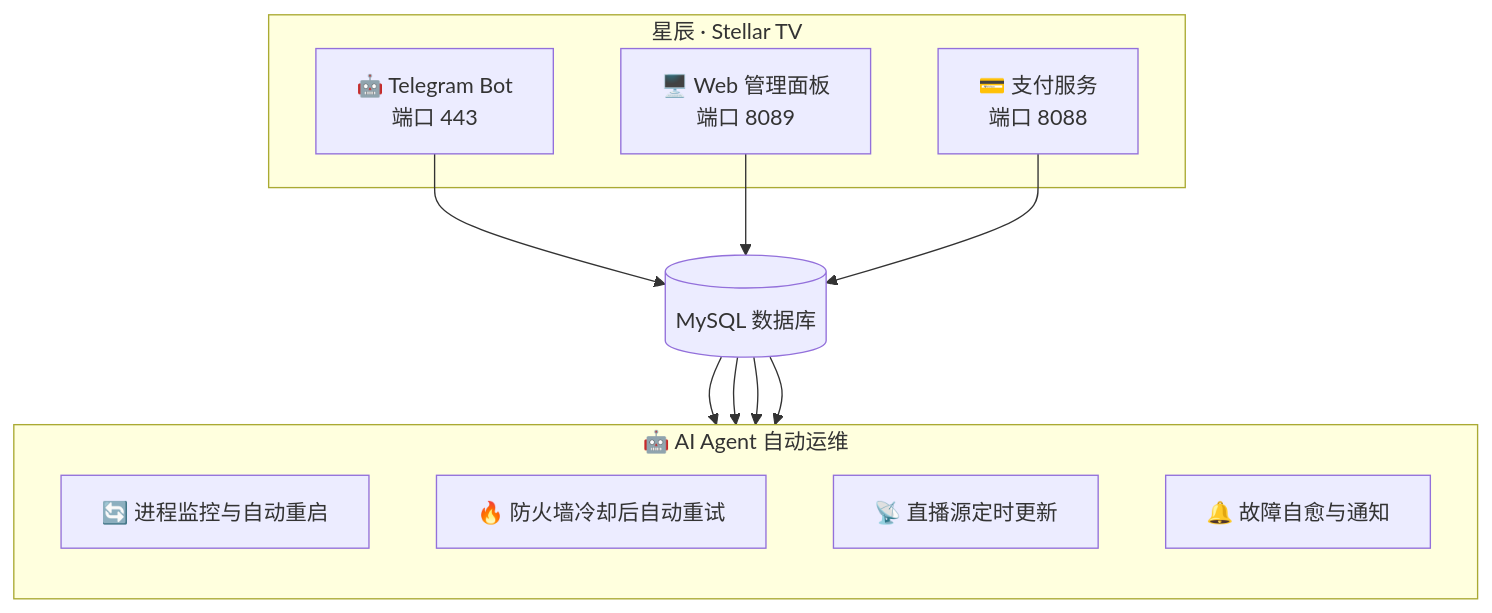
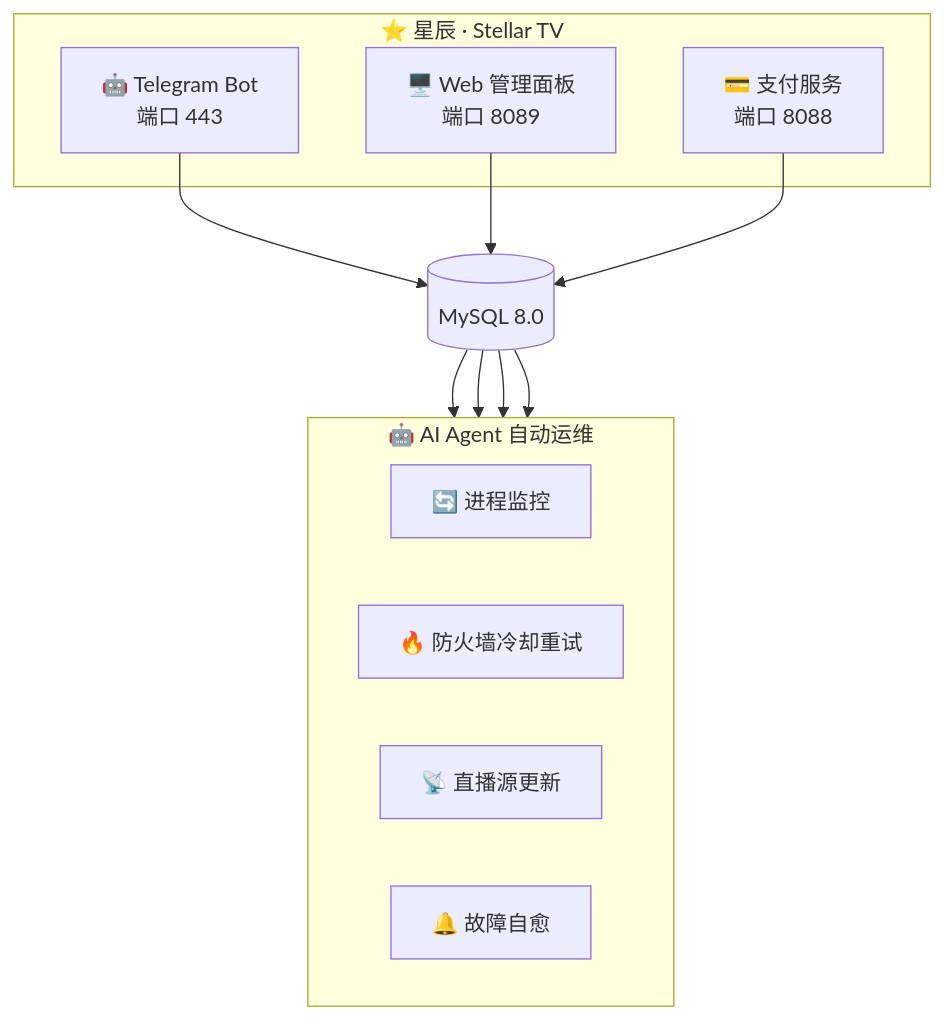
The diagram in README.md (xkmuzili/starchen-iptv), drawn with Mermaid before and after one commit. The commit also changed other lines of this file and 2 other files, not shown here.

````diff
--- a/README.md
+++ b/README.md
@@ -101,25 +120,25 @@
 ```mermaid
 graph TB
-    subgraph StellarTV["星辰 · Stellar TV"]
-        Bot["🤖 Telegram Bot\n端口 443"]
-        Web["🖥️ Web 管理面板\n端口 8089"]
-        Pay["💳 支付服务\n端口 8088"]
+    subgraph StellarTV["⭐ 星辰 · Stellar TV"]
+        Bot["🤖 Telegram Bot<br/>端口 443"]
+        Web["🖥️ Web 管理面板<br/>端口 8089"]
+        Pay["💳 支付服务<br/>端口 8088"]
     end
 
-    Bot --> DB[("MySQL 数据库")]
+    Bot --> DB[("MySQL 8.0")]
     Web --> DB
     Pay --> DB
 
     subgraph AIAgent["🤖 AI Agent 自动运维"]
-        direction TB
-        E["🔄 进程监控与自动重启"]
-        F["🔥 防火墙冷却后自动重试"]
-        G["📡 直播源定时更新"]
-        H["🔔 故障自愈与通知"]
+        direction LR
+        E["🔄 进程监控"]
+        F["🔥 防火墙冷却重试"]
+        G["📡 直播源更新"]
+        H["🔔 故障自愈"]
     end
 
     DB --> E
     DB --> F
     DB --> G
     DB --> H
 ```
````
